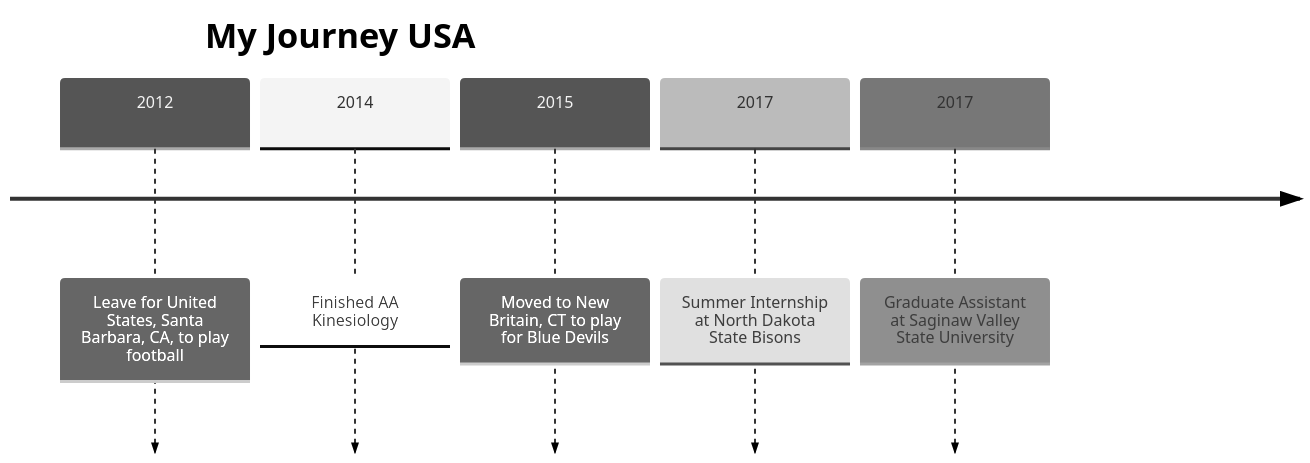
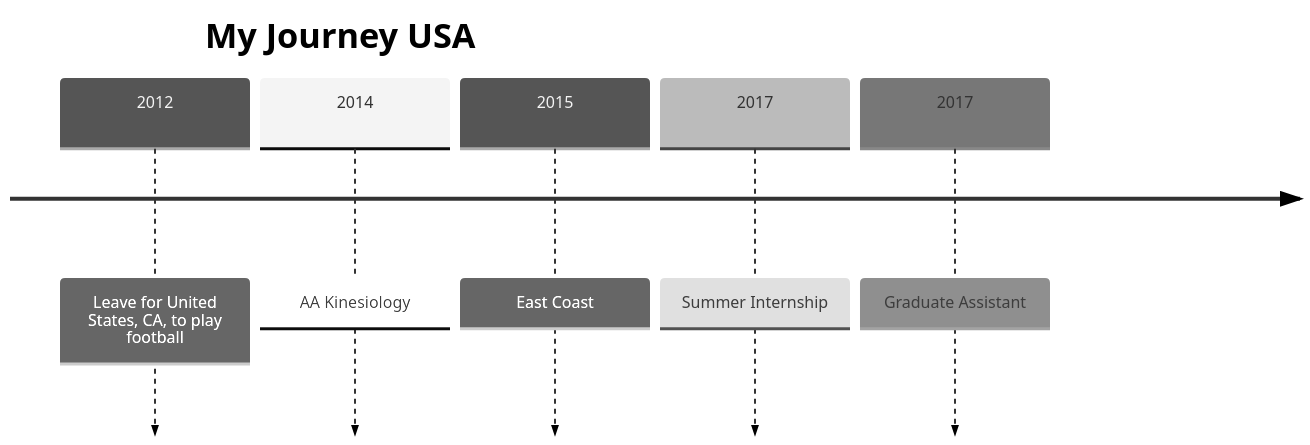
The first of 3 diagrams in README.md (Walliiee/Walliiee), drawn with Mermaid (neutral theme) before and after one commit. The commit also changed other lines of this file, not shown here.

````diff
--- a/README.md
+++ b/README.md
@@ -66,9 +62,9 @@
 ```mermaid
 timeline
   title My Journey USA
-  2012 : Leave for United States, Santa Barbara, CA, to play football
-  2014 : Finished AA Kinesiology
-  2015 : Moved to New Britain, CT to play for Blue Devils
-  2017 : Summer Internship at North Dakota State Bisons
-  2017 : Graduate Assistant at Saginaw Valley State University
+  2012 : Leave for United States, CA, to play football
+  2014 : AA Kinesiology
+  2015 : East Coast
+  2017 : Summer Internship
+  2017 : Graduate Assistant
 ```
````
